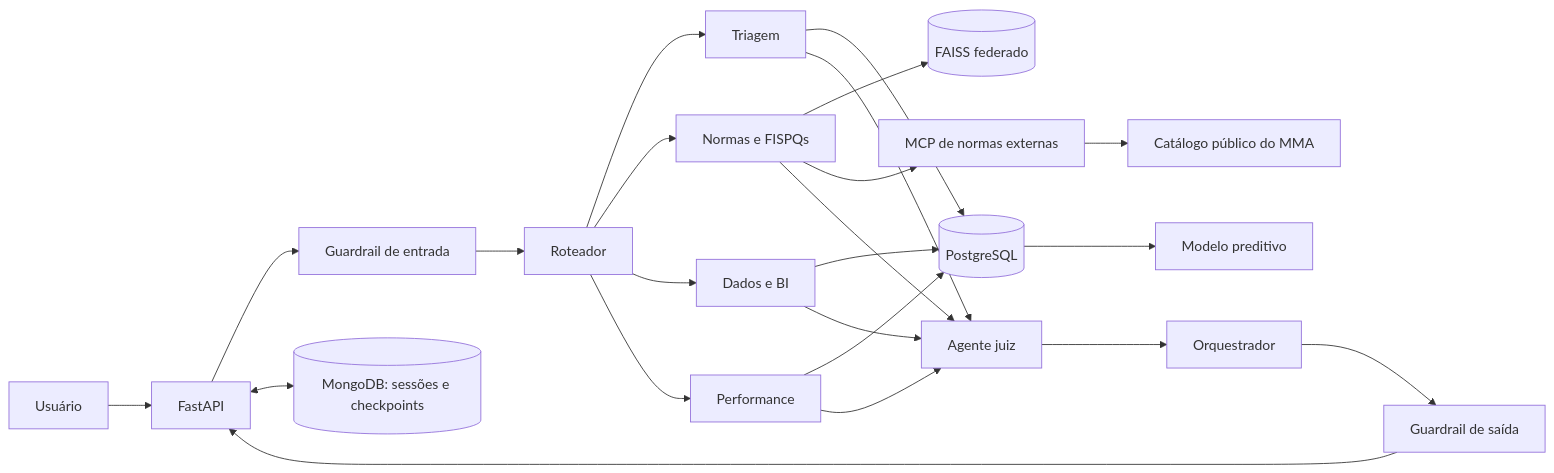
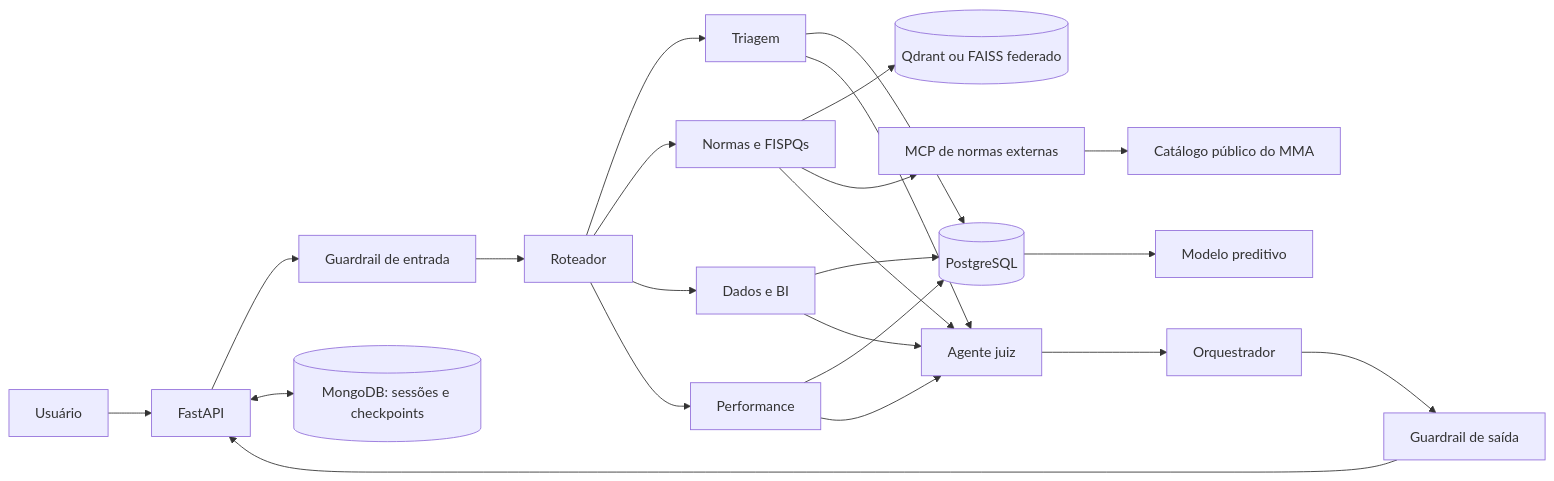
One commit to app-volta/volta-chatbot changed the diagram in README.md. Above: the diagram before and after it, drawn with Mermaid. The commit also changed other lines of this file and 3 other files, not shown here.

```diff
--- a/README.md
+++ b/README.md
@@ -23,25 +23,25 @@
 ~~~mermaid
 flowchart LR
     U[Usuário] --> API[FastAPI]
     API --> GI[Guardrail de entrada]
     GI --> R[Roteador]
     R --> T[Triagem]
     R --> N[Normas e FISPQs]
     R --> D[Dados e BI]
     R --> P[Performance]
     T --> SQL[(PostgreSQL)]
     D --> SQL
     P --> SQL
     SQL --> PR[Modelo preditivo]
-    N --> RAG[(FAISS federado)]
+    N --> RAG[(Qdrant ou FAISS federado)]
     N --> MCP[MCP de normas externas]
     MCP --> MMA[Catálogo público do MMA]
     T --> J[Agente juiz]
     N --> J
     D --> J
     P --> J
     J --> O[Orquestrador]
     O --> GO[Guardrail de saída]
     GO --> API
     API <--> M[(MongoDB: sessões e checkpoints)]
 ~~~
```
